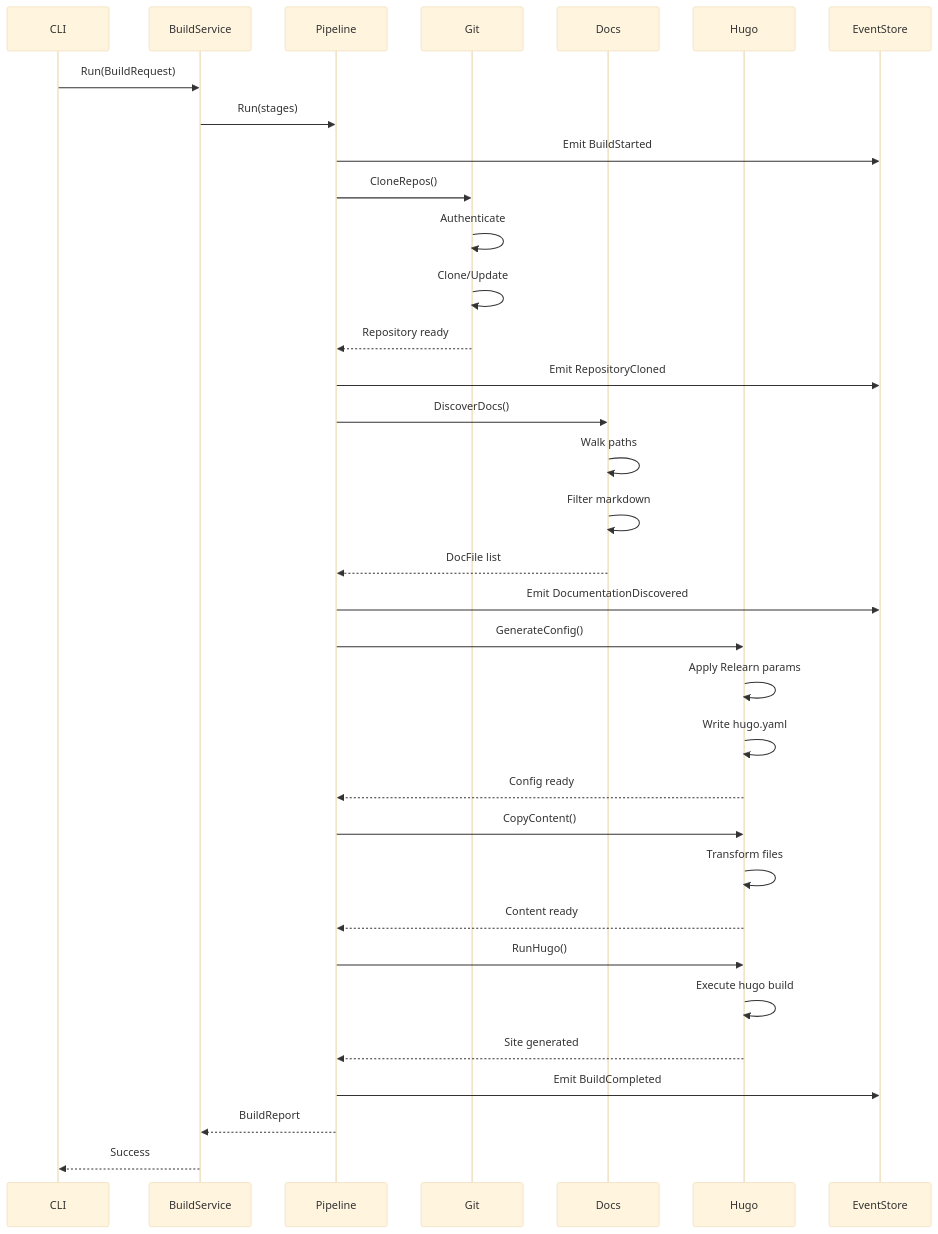
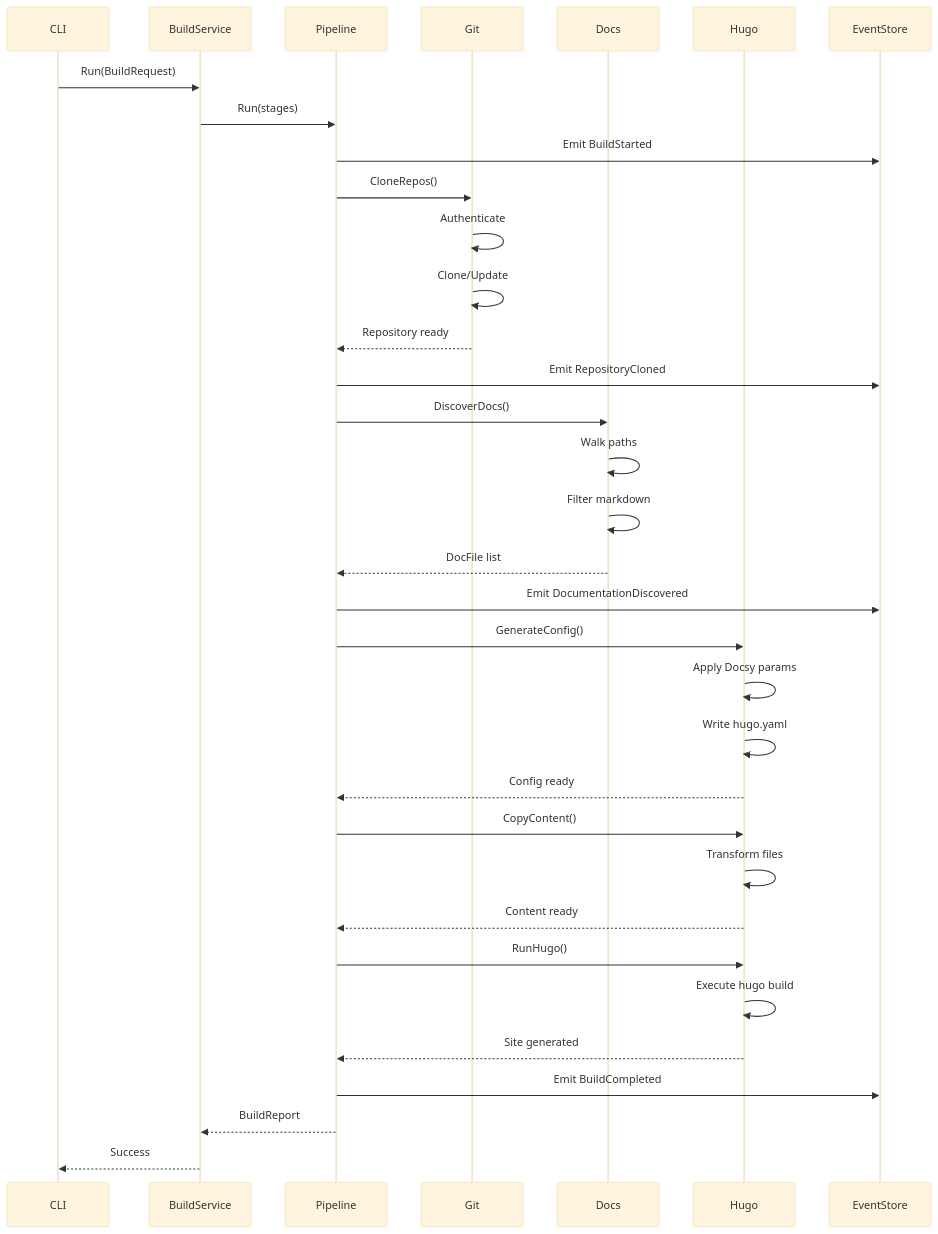
Before and after one commit to inful/docbuilder: the second of 3 diagrams in docs/explanation/diagrams/data-flow.md, drawn with Mermaid (base theme). The commit also changed other lines of this file and 134 other files, not shown here.

````diff
--- a/docs/explanation/diagrams/data-flow.md
+++ b/docs/explanation/diagrams/data-flow.md
@@ -68,37 +68,37 @@
 ```mermaid
 sequenceDiagram
     participant CLI
     participant BuildService
     participant Pipeline
     participant Git
     participant Docs
     participant Hugo
     participant EventStore
 
     CLI->>BuildService: Run(BuildRequest)
     BuildService->>Pipeline: Run(stages)
     Pipeline->>EventStore: Emit BuildStarted
     Pipeline->>Git: CloneRepos()
     Git->>Git: Authenticate
     Git->>Git: Clone/Update
     Git-->>Pipeline: Repository ready
     Pipeline->>EventStore: Emit RepositoryCloned
     Pipeline->>Docs: DiscoverDocs()
     Docs->>Docs: Walk paths
     Docs->>Docs: Filter markdown
     Docs-->>Pipeline: DocFile list
     Pipeline->>EventStore: Emit DocumentationDiscovered
     Pipeline->>Hugo: GenerateConfig()
-    Hugo->>Hugo: Apply Relearn params
+    Hugo->>Hugo: Apply Docsy params
     Hugo->>Hugo: Write hugo.yaml
     Hugo-->>Pipeline: Config ready
     Pipeline->>Hugo: CopyContent()
     Hugo->>Hugo: Transform files
     Hugo-->>Pipeline: Content ready
     Pipeline->>Hugo: RunHugo()
     Hugo->>Hugo: Execute hugo build
     Hugo-->>Pipeline: Site generated
     Pipeline->>EventStore: Emit BuildCompleted
     Pipeline-->>BuildService: BuildReport
     BuildService-->>CLI: Success
 ```
````
